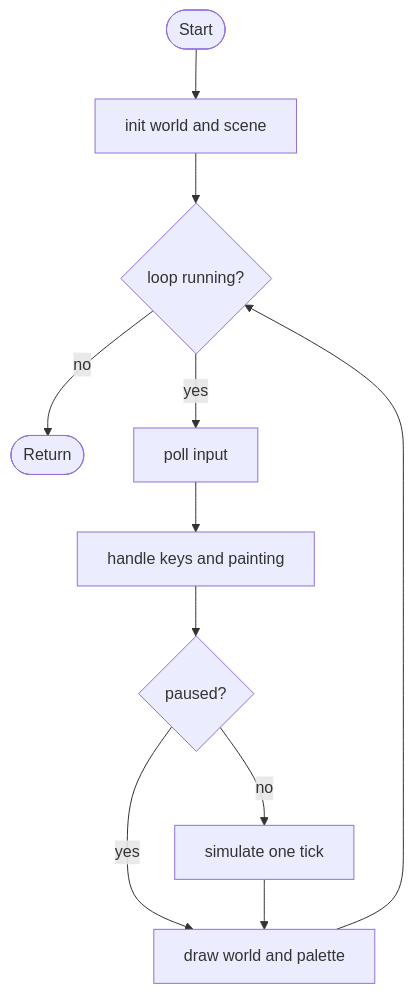
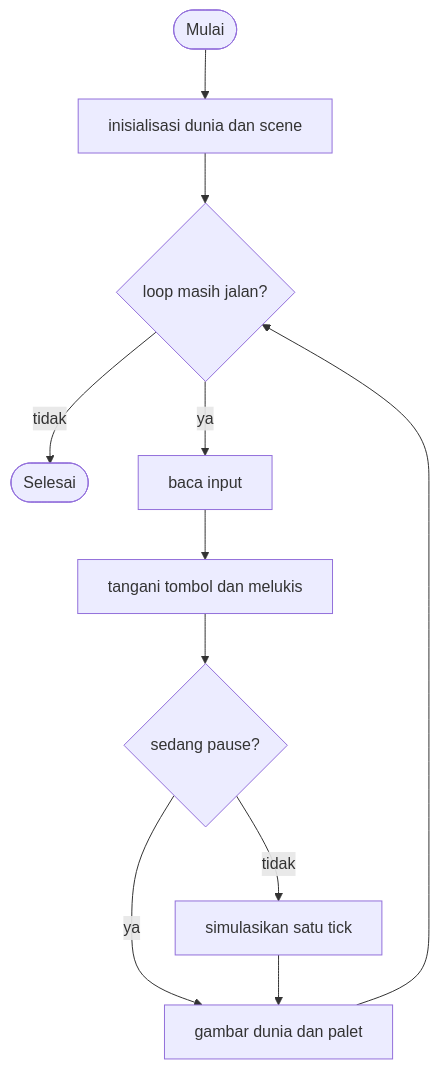
Before and after one commit to zaxx-q/arCade: the diagram in games/sandbox/GAME.md, drawn with Mermaid. The commit also changed other lines of this file and 19 other files, not shown here.

````diff
--- a/games/sandbox/GAME.md
+++ b/games/sandbox/GAME.md
@@ -40,13 +216,13 @@
 ```mermaid
 flowchart TD
-    A([Start]) --> B[init world and scene]
-    B --> C{loop running?}
-    C -- no --> Z([Return])
-    C -- yes --> D[poll input]
-    D --> E[handle keys and painting]
-    E --> F{paused?}
-    F -- no --> G[simulate one tick]
-    F -- yes --> H[draw world and palette]
+    A([Mulai]) --> B["inisialisasi dunia dan scene"]
+    B --> C{"loop masih jalan?"}
+    C -- tidak --> Z([Selesai])
+    C -- ya --> D[baca input]
+    D --> E["tangani tombol dan melukis"]
+    E --> F{"sedang pause?"}
+    F -- tidak --> G["simulasikan satu tick"]
+    F -- ya --> H["gambar dunia dan palet"]
     G --> H
     H --> C
 ```
````
